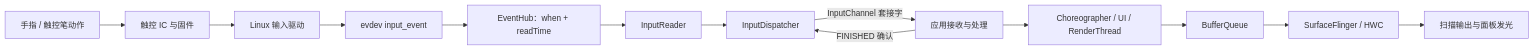
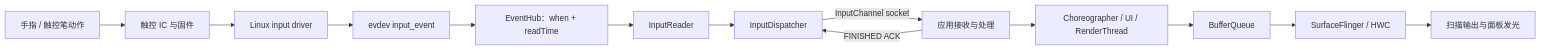
The diagram in src/part1-fundamentals/ch03-input/09-input-latency-budget-perception.md (Gracker/android-internals-wiki), drawn with Mermaid before and after one commit. The commit also changed other lines of this file and 4 other files, not shown here.

````diff
--- a/src/part1-fundamentals/ch03-input/09-input-latency-budget-perception.md
+++ b/src/part1-fundamentals/ch03-input/09-input-latency-budget-perception.md
@@ -69,15 +69,15 @@
 ```mermaid
 flowchart LR
     PHY["手指 / 触控笔动作"] --> IC["触控 IC 与固件"]
-    IC --> KD["Linux 输入驱动"]
+    IC --> KD["Linux input driver"]
     KD --> EV["evdev input_event"]
     EV --> EH["EventHub：when + readTime"]
     EH --> IR["InputReader"]
     IR --> ID["InputDispatcher"]
-    ID -->|InputChannel 套接字| APP["应用接收与处理"]
-    APP -->|FINISHED 确认| ID
+    ID -->|InputChannel socket| APP["应用接收与处理"]
+    APP -->|FINISHED ACK| ID
     APP --> CH["Choreographer / UI / RenderThread"]
     CH --> BQ["BufferQueue"]
     BQ --> SF["SurfaceFlinger / HWC"]
     SF --> PANEL["扫描输出与面板发光"]
 ```
````
